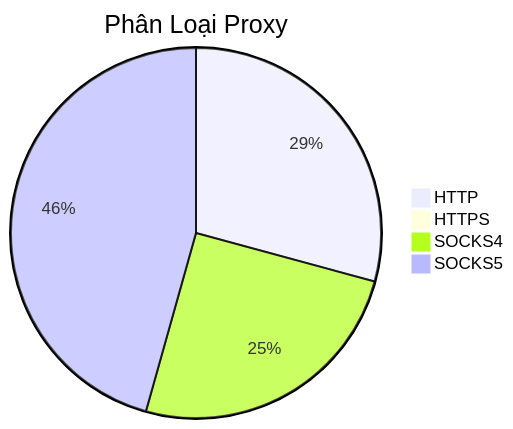
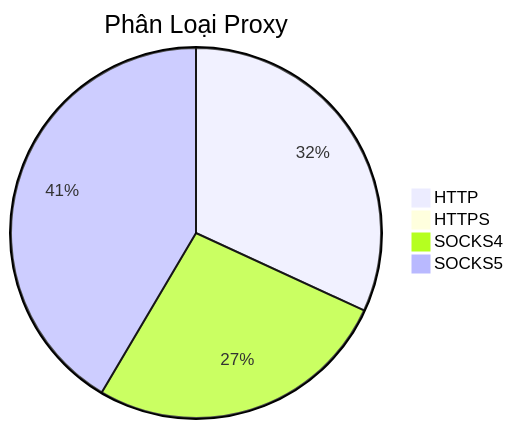
The diagram in README.md (Ciara-12/PROXY-free), drawn with Mermaid before and after one commit. The commit also changed other lines of this file and 4 other files, not shown here.

````diff
--- a/README.md
+++ b/README.md
@@ -26,7 +26,7 @@
 ```mermaid
 pie title Phân Loại Proxy
-    "HTTP" : 379
+    "HTTP" : 437
     "HTTPS" : 3
-    "SOCKS4" : 326
-    "SOCKS5" : 592
+    "SOCKS4" : 365
+    "SOCKS5" : 569
 ```
````
